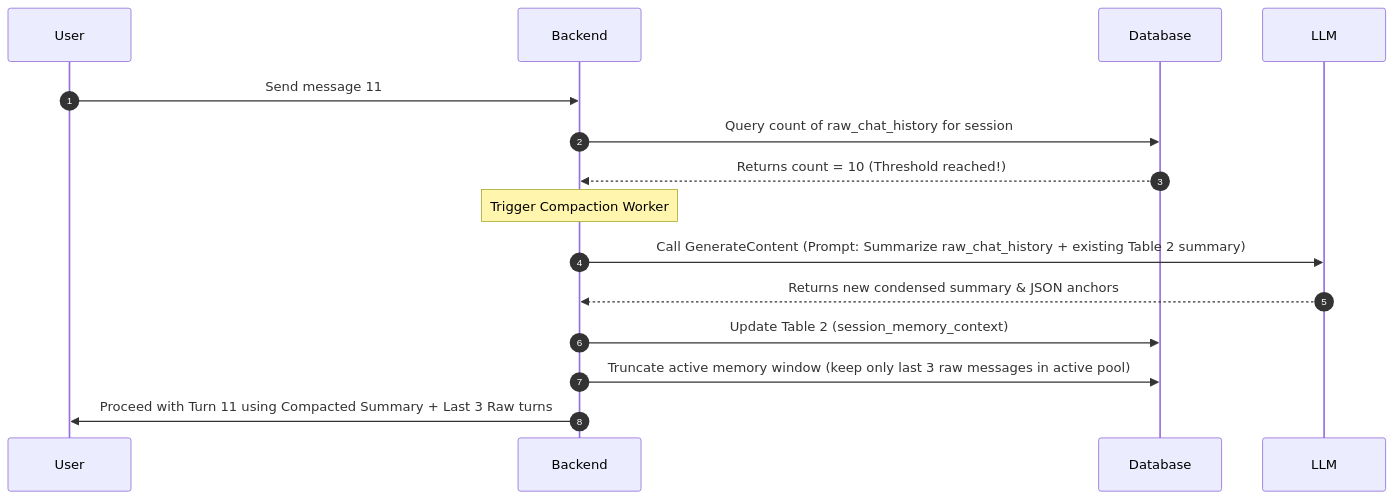
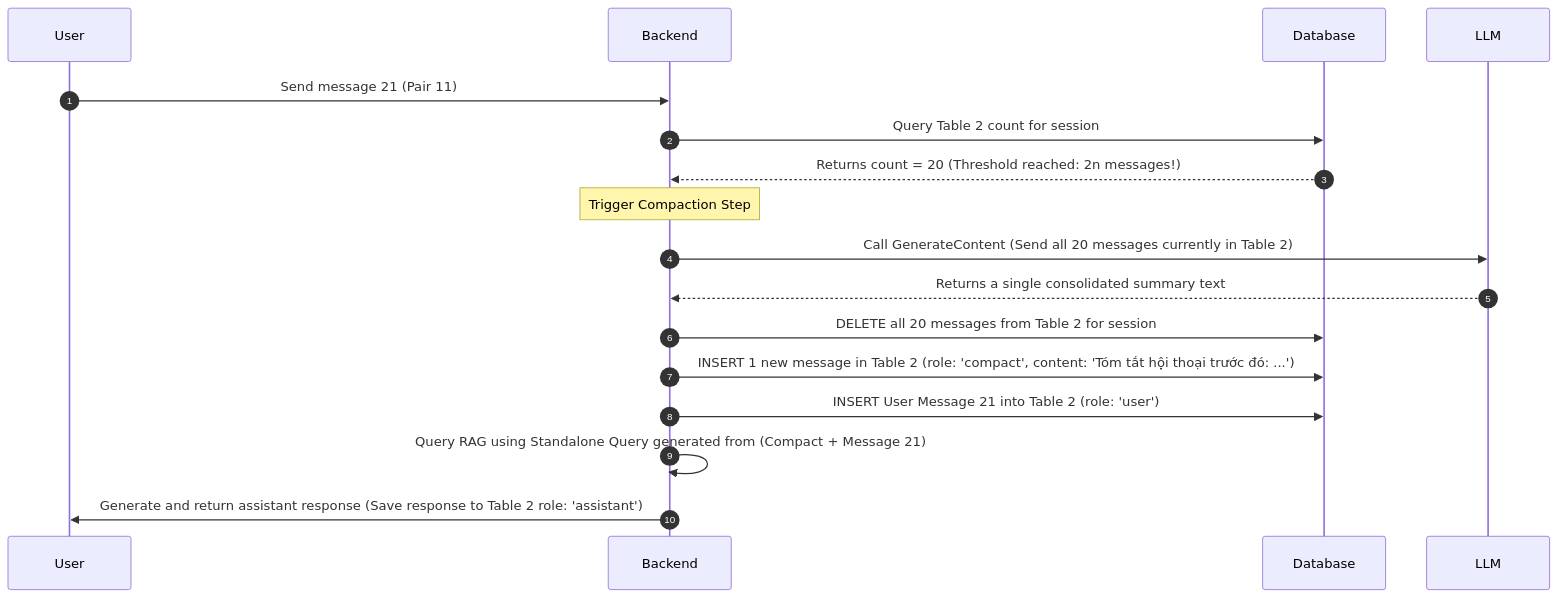
Before and after one commit to o1676733391/edu-retrieval: the second of 2 diagrams in docs/session_history_condensation_guide.md, drawn with Mermaid. The commit also changed other lines of this file, not shown here.

Commit message:
docs: document three-role message compression memory architecture in Section 6

````diff
--- a/docs/session_history_condensation_guide.md
+++ b/docs/session_history_condensation_guide.md
@@ -317,13 +306,15 @@
 ```mermaid
 sequenceDiagram
     autonumber
-    User->>Backend: Send message 11
-    Backend->>Database: Query count of raw_chat_history for session
-    Database-->>Backend: Returns count = 10 (Threshold reached!)
-    Note over Backend: Trigger Compaction Worker
-    Backend->>LLM: Call GenerateContent (Prompt: Summarize raw_chat_history + existing Table 2 summary)
-    LLM-->>Backend: Returns new condensed summary & JSON anchors
-    Backend->>Database: Update Table 2 (session_memory_context)
-    Backend->>Database: Truncate active memory window (keep only last 3 raw messages in active pool)
-    Backend->>User: Proceed with Turn 11 using Compacted Summary + Last 3 Raw turns
+    User->>Backend: Send message 21 (Pair 11)
+    Backend->>Database: Query Table 2 count for session
+    Database-->>Backend: Returns count = 20 (Threshold reached: 2n messages!)
+    Note over Backend: Trigger Compaction Step
+    Backend->>LLM: Call GenerateContent (Send all 20 messages currently in Table 2)
+    LLM-->>Backend: Returns a single consolidated summary text
+    Backend->>Database: DELETE all 20 messages from Table 2 for session
+    Backend->>Database: INSERT 1 new message in Table 2 (role: 'compact', content: 'Tóm tắt hội thoại trước đó: ...')
+    Backend->>Database: INSERT User Message 21 into Table 2 (role: 'user')
+    Backend->>Backend: Query RAG using Standalone Query generated from (Compact + Message 21)
+    Backend->>User: Generate and return assistant response (Save response to Table 2 role: 'assistant')
 ```
````
